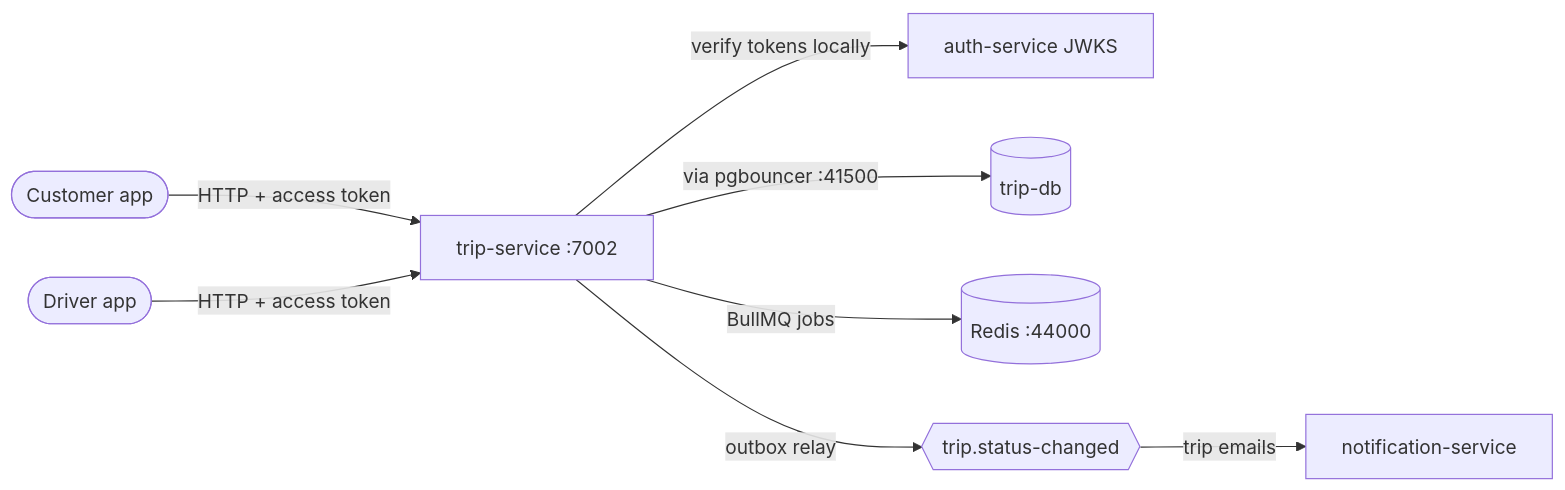
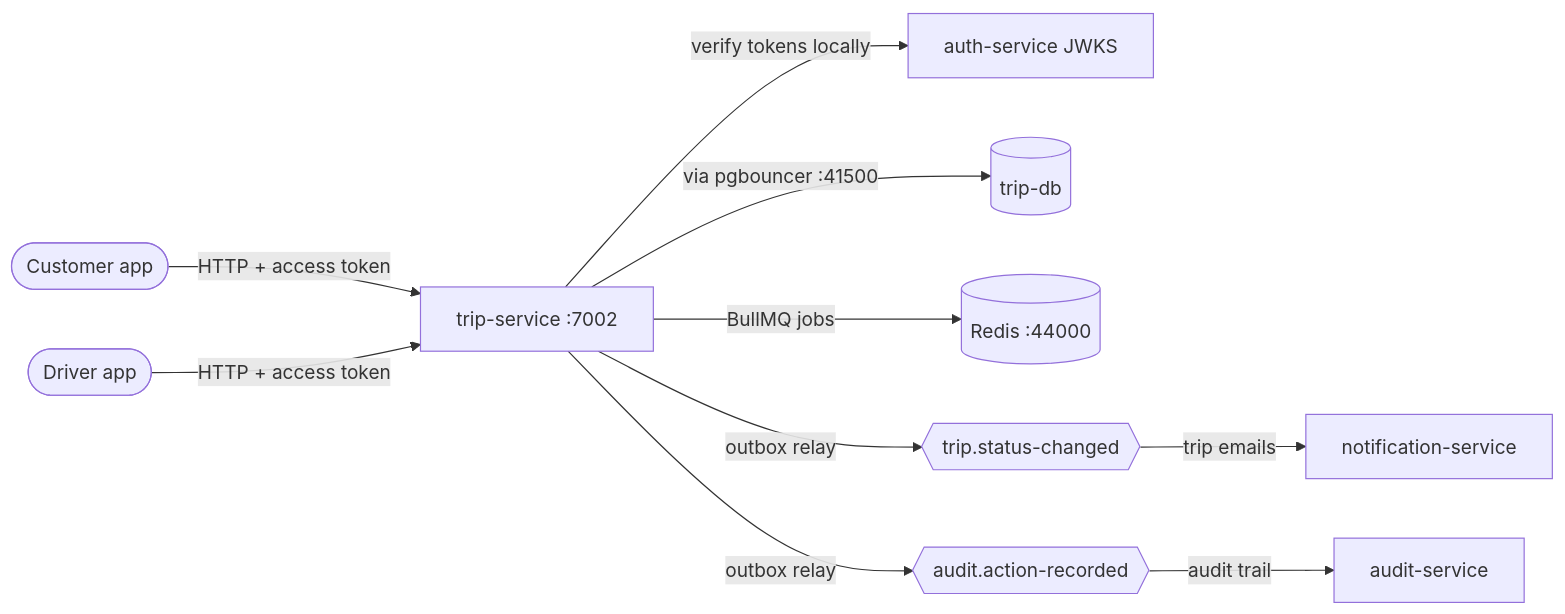
The first of 9 diagrams in docs/services/trip-service.md (Mohammed-Taysser/masr3), drawn with Mermaid before and after one commit. The commit also changed other lines of this file and 114 other files, not shown here.

Commit message:
feat: finalize audit service

````diff
--- a/docs/services/trip-service.md
+++ b/docs/services/trip-service.md
@@ -13,10 +13,12 @@
 ```mermaid
 flowchart LR
   customer([Customer app]) -->|HTTP + access token| trip[trip-service :7002]
   driver([Driver app]) -->|HTTP + access token| trip
   trip -->|verify tokens locally| jwks[auth-service JWKS]
   trip -->|via pgbouncer :41500| db[(trip-db)]
   trip -->|BullMQ jobs| redis[(Redis :44000)]
   trip -->|outbox relay| topic{{trip.status-changed}}
   topic -->|trip emails| notification[notification-service]
+  trip -->|outbox relay| audit{{audit.action-recorded}}
+  audit -->|audit trail| auditService[audit-service]
 ```
````
